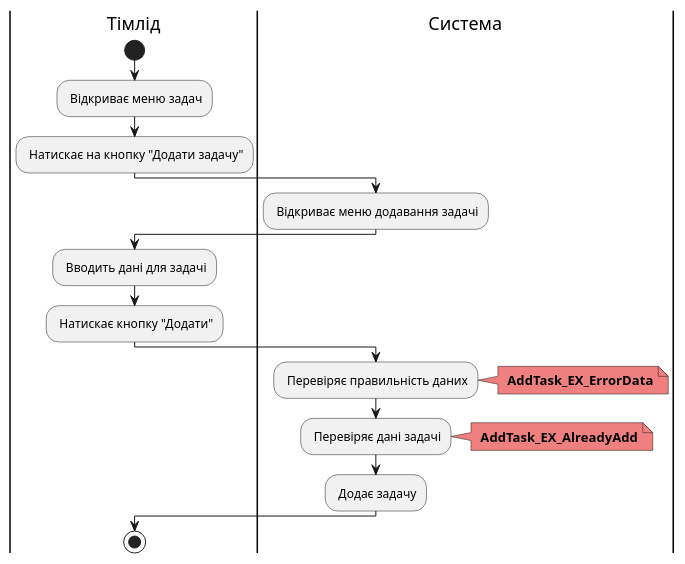
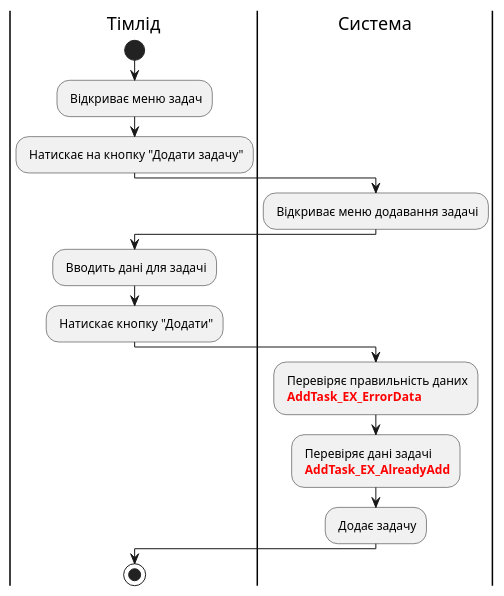
Diagram 15 of 19 in docs/use cases/README.md (edu-db/edu_db_labs), drawn with PlantUML before and after one commit. The commit also changed other lines of this file, not shown here.

```diff
--- a/docs/use cases/README.md
+++ b/docs/use cases/README.md
@@ -598,35 +579,31 @@
 @startuml
 
     |Тімлід|
     start;
     : Відкриває меню задач;
 
     |Тімлід|
     : Натискає на кнопку "Додати задачу";
 
     |Система|
     : Відкриває меню додавання задачі;
 
     |Тімлід|
     : Вводить дані для задачі;
 
     |Тімлід|
     : Натискає кнопку "Додати";
 
     |Система|
-    : Перевіряє правильність даних;
-    note right #F08080
-    <b> AddTask_EX_ErrorData
-    end note
+    : Перевіряє правильність даних
+    <font color="red"><b> AddTask_EX_ErrorData;
 
-    : Перевіряє дані задачі;
-    note right #F08080
-    <b> AddTask_EX_AlreadyAdd
-    end note
+    : Перевіряє дані задачі
+    <font color="red"><b> AddTask_EX_AlreadyAdd;
 
     : Додає задачу;
 
     |Тімлід|
     stop;
 
 @enduml
```
